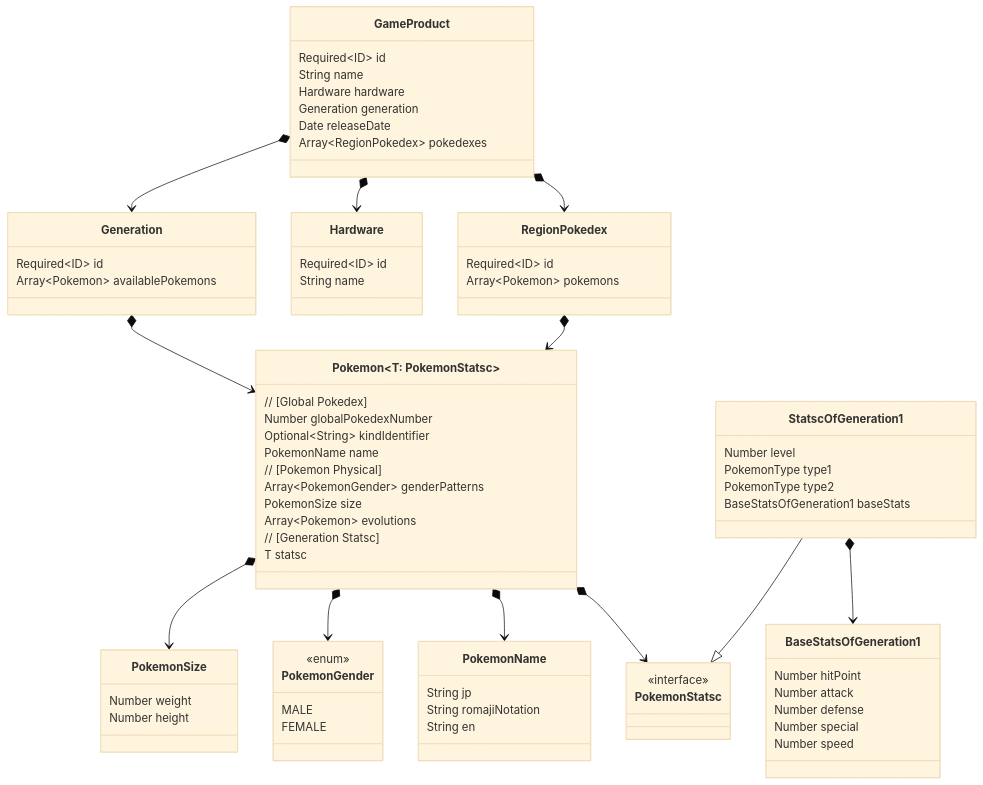
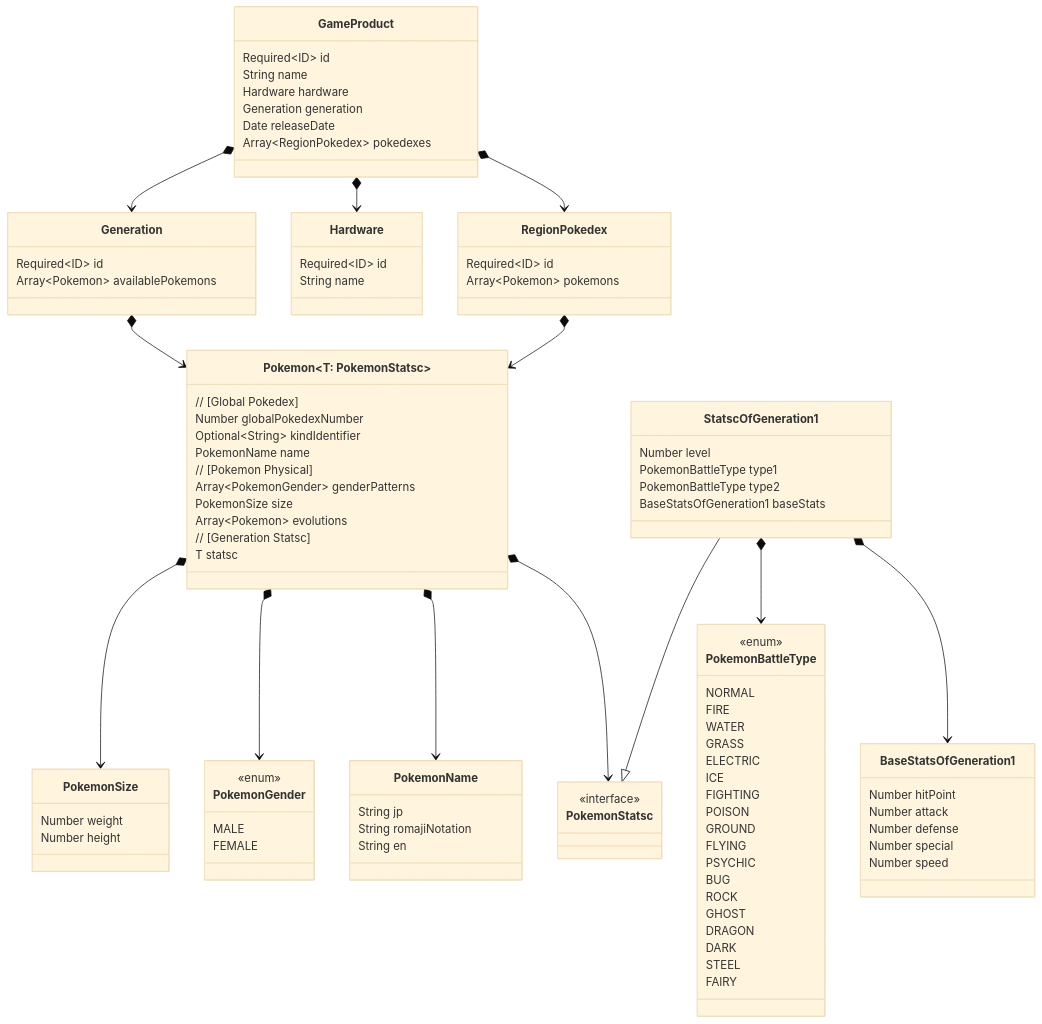
One commit to O6lvl4/pokemon-doc changed the diagram in pokemon-class.md. Above: the diagram before and after it, drawn with Mermaid (base theme).

Commit message:
Add pokemon battle type

```diff
--- a/pokemon-class.md
+++ b/pokemon-class.md
@@ -49,11 +49,12 @@
 
     class StatscOfGeneration1 {
         Number level
-        PokemonType type1
-        PokemonType type2
+        PokemonBattleType type1
+        PokemonBattleType type2
         BaseStatsOfGeneration1 baseStats
     }
     StatscOfGeneration1 --|> PokemonStatsc
+    StatscOfGeneration1 *--> PokemonBattleType
     StatscOfGeneration1 *--> BaseStatsOfGeneration1
 
     class GameProduct {
@@ -67,6 +68,28 @@
     GameProduct *--> Hardware
     GameProduct *--> Generation
     GameProduct *--> RegionPokedex
+
+    class PokemonBattleType {
+        <<enum>>
+        NORMAL
+        FIRE
+        WATER
+        GRASS
+        ELECTRIC
+        ICE
+        FIGHTING
+        POISON
+        GROUND
+        FLYING
+        PSYCHIC
+        BUG
+        ROCK
+        GHOST
+        DRAGON
+        DARK
+        STEEL
+        FAIRY
+    }
 
     class BaseStatsOfGeneration1 {
         Number hitPoint
```
